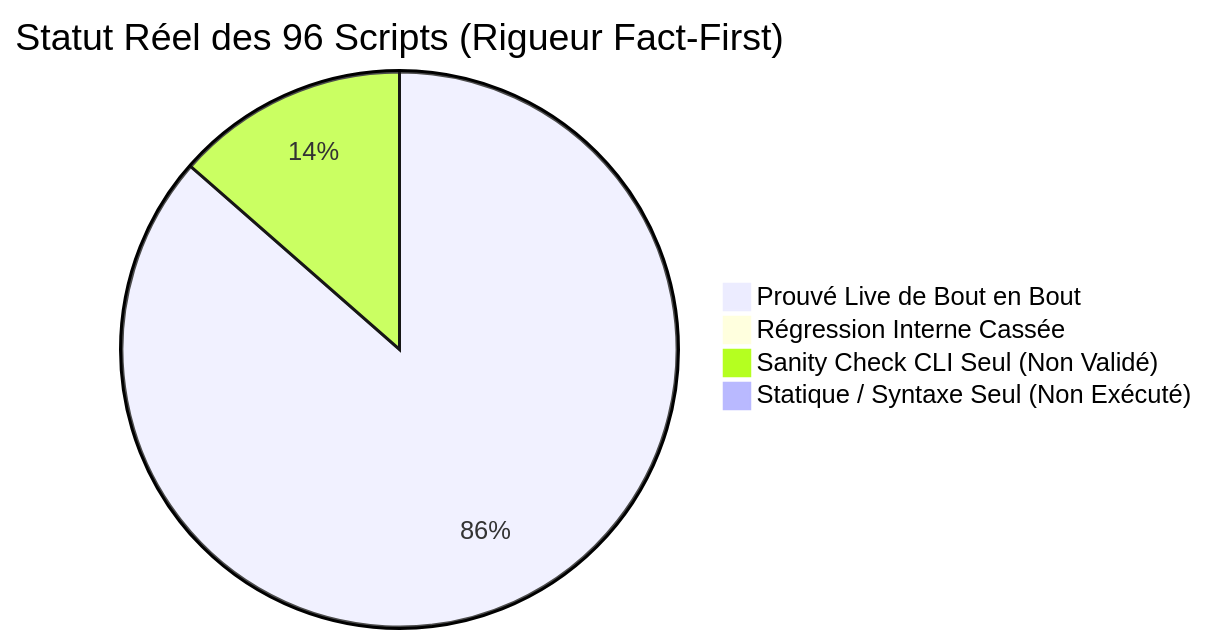
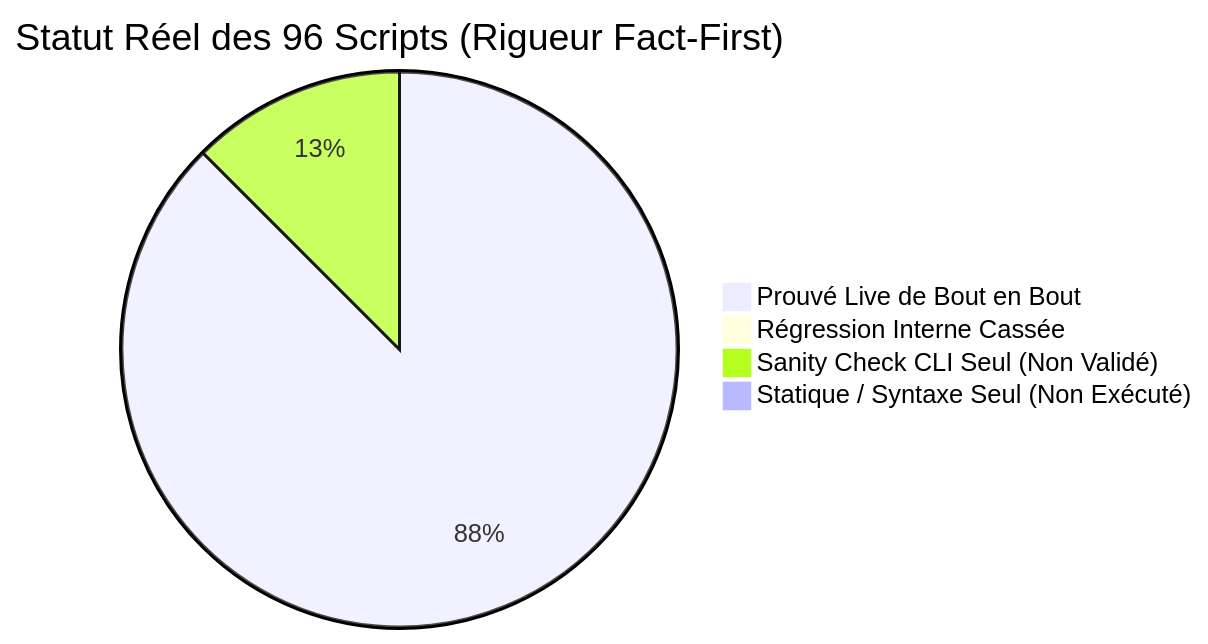
The diagram in docs/reference/2026-11-10-audit-exhaustif-scripts-regressions.md (yoyonel/pydbsrt), drawn with Mermaid before and after one commit. The commit also changed other lines of this file and 3 other files, not shown here.

Commit message:
fix(ingestion): dynamic root, complexity reduction and cli check mode in extract embedded subs (#69)

````diff
--- a/docs/reference/2026-11-10-audit-exhaustif-scripts-regressions.md
+++ b/docs/reference/2026-11-10-audit-exhaustif-scripts-regressions.md
@@ -16,7 +16,7 @@
 ```mermaid
 pie title Statut Réel des 96 Scripts (Rigueur Fact-First)
-    "Prouvé Live de Bout en Bout" : 83
+    "Prouvé Live de Bout en Bout" : 84
     "Régression Interne Cassée" : 0
-    "Sanity Check CLI Seul (Non Validé)" : 13
+    "Sanity Check CLI Seul (Non Validé)" : 12
     "Statique / Syntaxe Seul (Non Exécuté)" : 0
 ```
````
